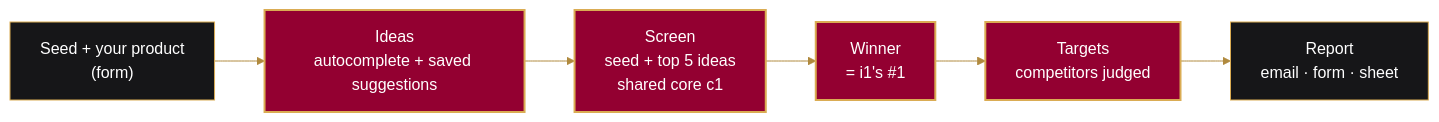
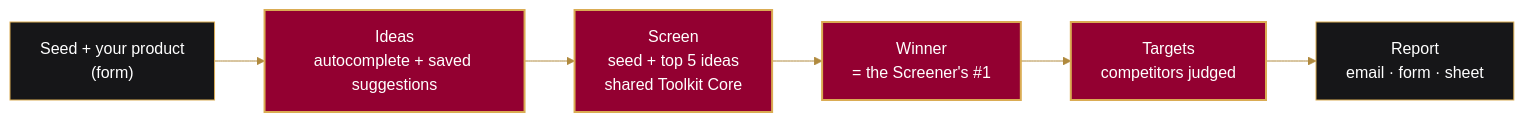
The diagram in i4-market-autopilot/README.md (Mohib-Ur-Rehman-automation/amazon-toolkit), drawn with Mermaid before and after one commit. The commit also changed other lines of this file and 28 other files, not shown here.

````diff
--- a/i4-market-autopilot/README.md
+++ b/i4-market-autopilot/README.md
@@ -42,13 +42,13 @@
 ```mermaid
 %%{init: {'theme':'base','themeVariables':{'fontFamily':'Georgia, serif','lineColor':'#B08A3E','textColor':'#1f2328','edgeLabelBackground':'#f7f5f2'}}}%%
 flowchart LR
   A["Seed + your product<br/>(form)"] --> B["Ideas<br/>autocomplete + saved suggestions"]
-  B --> C["Screen<br/>seed + top 5 ideas<br/>shared core c1"]
-  C --> D["Winner<br/>= i1's #1"]
+  B --> C["Screen<br/>seed + top 5 ideas<br/>shared Toolkit Core"]
+  C --> D["Winner<br/>= the Screener's #1"]
   D --> E["Targets<br/>competitors judged"]
   E --> F["Report<br/>email · form · sheet"]
   classDef step fill:#930031,stroke:#DAAC53,stroke-width:2px,color:#ffffff;
   classDef io fill:#161618,stroke:#DAAC53,color:#ffffff;
   class A,F io;
   class B,C,D,E step;
 ```
````
